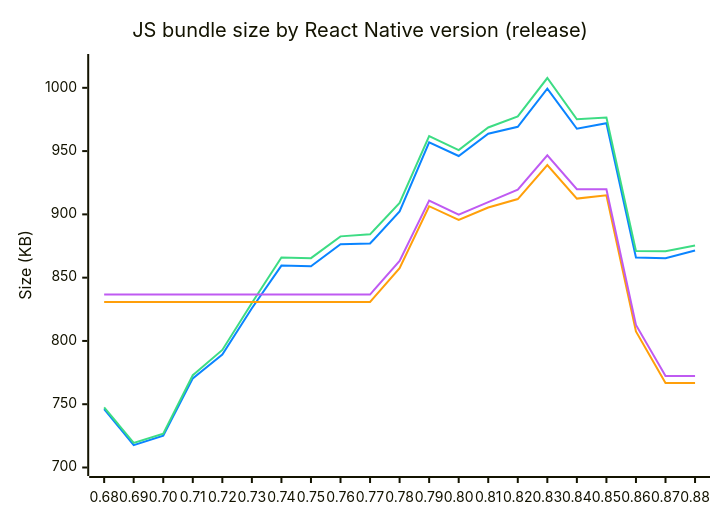
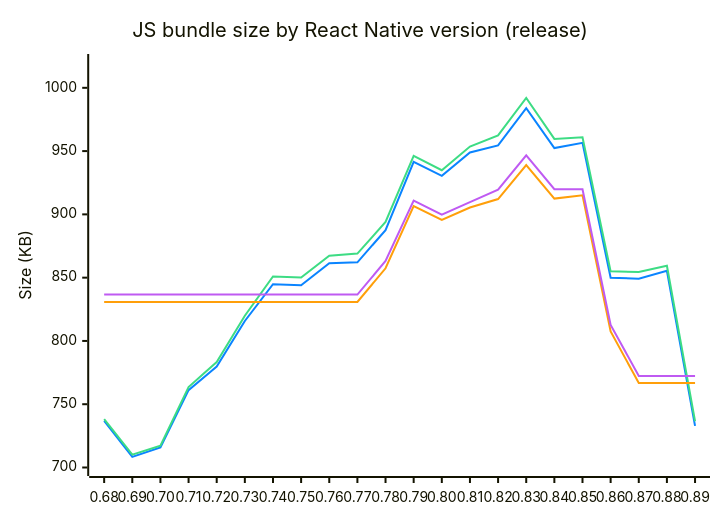
The diagram in README.md (retyui/react-native-bundle-diff), drawn with Mermaid before and after one commit. The commit also changed other lines of this file and 42 other files, not shown here.

````diff
--- a/README.md
+++ b/README.md
@@ -16,11 +16,11 @@
 ```mermaid
 %%{init: {"themeVariables": {"xyChart": {"plotColorPalette": "#0a84ff, #3ddc84, #ff9f0a, #bf5af2"}}}}%%
 xychart-beta
     title "JS bundle size by React Native version (release)"
-    x-axis ["0.68", "0.69", "0.70", "0.71", "0.72", "0.73", "0.74", "0.75", "0.76", "0.77", "0.78", "0.79", "0.80", "0.81", "0.82", "0.83", "0.84", "0.85", "0.86", "0.87", "0.88"]
+    x-axis ["0.68", "0.69", "0.70", "0.71", "0.72", "0.73", "0.74", "0.75", "0.76", "0.77", "0.78", "0.79", "0.80", "0.81", "0.82", "0.83", "0.84", "0.85", "0.86", "0.87", "0.88", "0.89"]
     y-axis "Size (KB)" 700 --> 1020
-    line [746.14, 717.64, 725.14, 770.41, 789.21, 825.8, 859.52, 858.97, 876.44, 876.98, 902.28, 956.98, 946.13, 963.67, 969.2, 999.33, 967.67, 972.04, 865.86, 865.32, 871.52]
-    line [747.52, 719.48, 726.66, 772.92, 792.91, 830, 865.91, 865.43, 882.63, 884.22, 909.13, 961.87, 950.82, 968.66, 977.4, 1007.72, 975.15, 976.59, 871.03, 870.83, 875.36]
-    line [830.81, 830.81, 830.81, 830.81, 830.81, 830.81, 830.81, 830.81, 830.81, 830.81, 857.41, 906.45, 895.6, 905.46, 912.12, 939, 912.47, 915.05, 807.46, 766.79, 766.79]
-    line [836.66, 836.66, 836.66, 836.66, 836.66, 836.66, 836.66, 836.66, 836.66, 836.66, 863.19, 910.89, 899.77, 909.72, 919.53, 946.61, 919.89, 919.85, 812.62, 772.36, 772.36]
+    line [736.76, 708.34, 715.76, 761.1, 779.73, 815.74, 844.84, 844.03, 861.42, 862.13, 887.52, 941.55, 930.46, 948.88, 954.5, 983.93, 952.38, 956.5, 849.98, 849.2, 855.49, 732.85]
+    line [738.14, 710.18, 717.28, 763.61, 783.35, 819.87, 850.9, 850.15, 867.27, 869.02, 894.03, 946.18, 934.89, 953.62, 962.44, 992.06, 959.61, 960.88, 854.99, 854.54, 859.42, 736.54]
+    line [830.81, 830.81, 830.81, 830.81, 830.81, 830.81, 830.81, 830.81, 830.81, 830.81, 857.41, 906.45, 895.6, 905.46, 912.12, 939, 912.47, 915.05, 807.46, 766.79, 766.79, 766.79]
+    line [836.66, 836.66, 836.66, 836.66, 836.66, 836.66, 836.66, 836.66, 836.66, 836.66, 863.19, 910.89, 899.77, 909.72, 919.53, 946.61, 919.89, 919.85, 812.62, 772.36, 772.36, 772.36]
 ```
````
